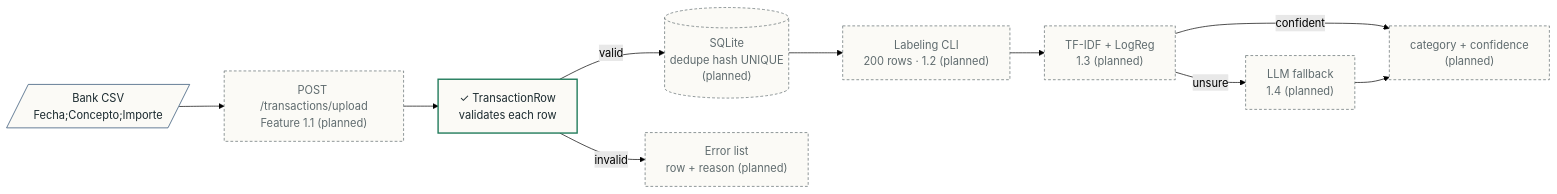
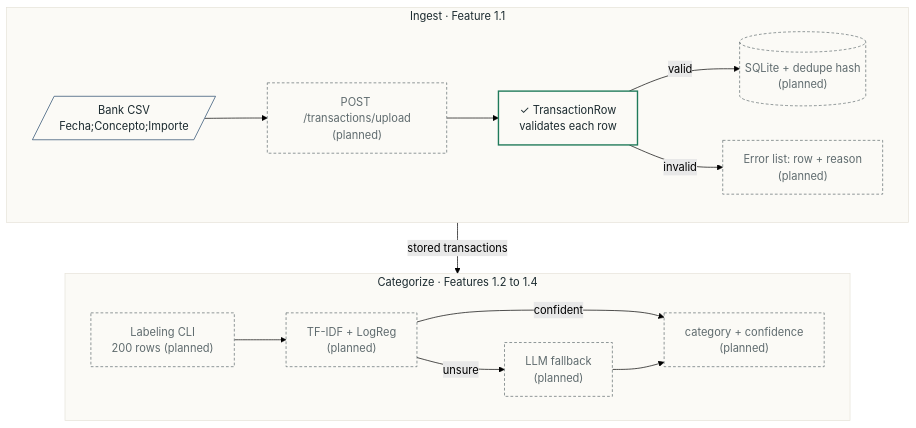
One commit to irenehbote/ihb-01-finance-categorizer changed the diagram in README.md. Above: the diagram before and after it, drawn with Mermaid (forest theme). The commit also changed 3 other files, not shown here.

First line of the commit message:
docs: fix diagram layout and Markdown merging on GitHub

````diff
--- a/README.md
+++ b/README.md
@@ -19,19 +19,27 @@
 ```mermaid
-flowchart LR
-    CSV[/"Bank CSV<br/>Fecha;Concepto;Importe"/] --> UP["POST /transactions/upload<br/>Feature 1.1 (planned)"]
-    UP --> ROW["✓ TransactionRow<br/>validates each row"]
-    ROW -->|valid| DB[("SQLite<br/>dedupe hash UNIQUE<br/>(planned)")]
-    ROW -->|invalid| ERR["Error list<br/>row + reason (planned)"]
-    DB --> LAB["Labeling CLI<br/>200 rows · 1.2 (planned)"]
-    LAB --> ML["TF-IDF + LogReg<br/>1.3 (planned)"]
-    ML -->|confident| OUT["category + confidence<br/>(planned)"]
-    ML -->|unsure| LLM["LLM fallback<br/>1.4 (planned)"]
-    LLM --> OUT
+flowchart TD
+    subgraph ingest["Ingest · Feature 1.1"]
+        direction LR
+        CSV[/"Bank CSV<br/>Fecha;Concepto;Importe"/] --> UP["POST /transactions/upload<br/>(planned)"]
+        UP --> ROW["✓ TransactionRow<br/>validates each row"]
+        ROW -->|valid| DB[("SQLite + dedupe hash<br/>(planned)")]
+        ROW -->|invalid| ERR["Error list: row + reason<br/>(planned)"]
+    end
+    subgraph categorize["Categorize · Features 1.2 to 1.4"]
+        direction LR
+        LAB["Labeling CLI<br/>200 rows (planned)"] --> ML["TF-IDF + LogReg<br/>(planned)"]
+        ML -->|confident| OUT["category + confidence<br/>(planned)"]
+        ML -->|unsure| LLM["LLM fallback<br/>(planned)"]
+        LLM --> OUT
+    end
+    ingest -->|stored transactions| categorize
 
     classDef step fill:#FBFAF6,stroke:#24466B,color:#1B2A2F
     classDef good fill:#FBFAF6,stroke:#1F7A5A,stroke-width:2px,color:#1B2A2F
     classDef planned fill:#FBFAF6,stroke:#5F6B6E,stroke-dasharray:4 3,color:#5F6B6E
     class CSV step
     class ROW good
     class UP,DB,ERR,LAB,ML,OUT,LLM planned
+    style ingest fill:#FBFAF6,stroke:#E6E3D9,color:#1B2A2F
+    style categorize fill:#FBFAF6,stroke:#E6E3D9,color:#1B2A2F
 ```
````
